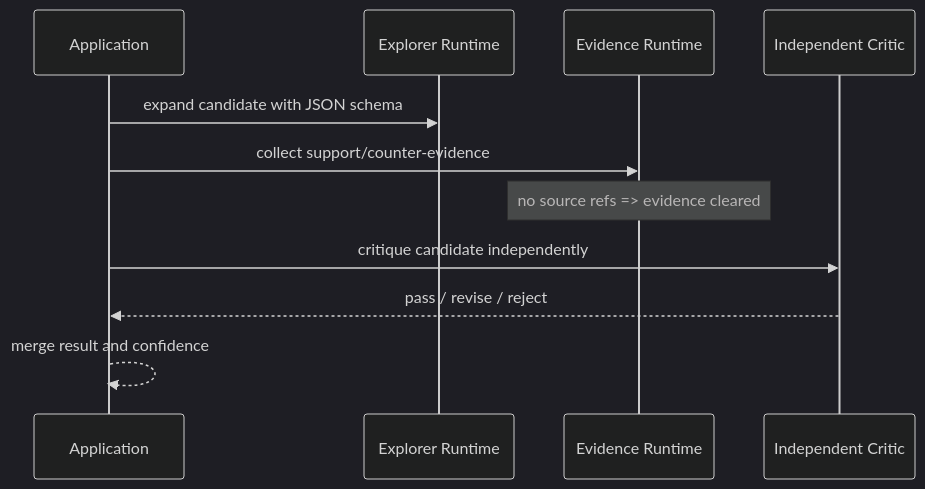
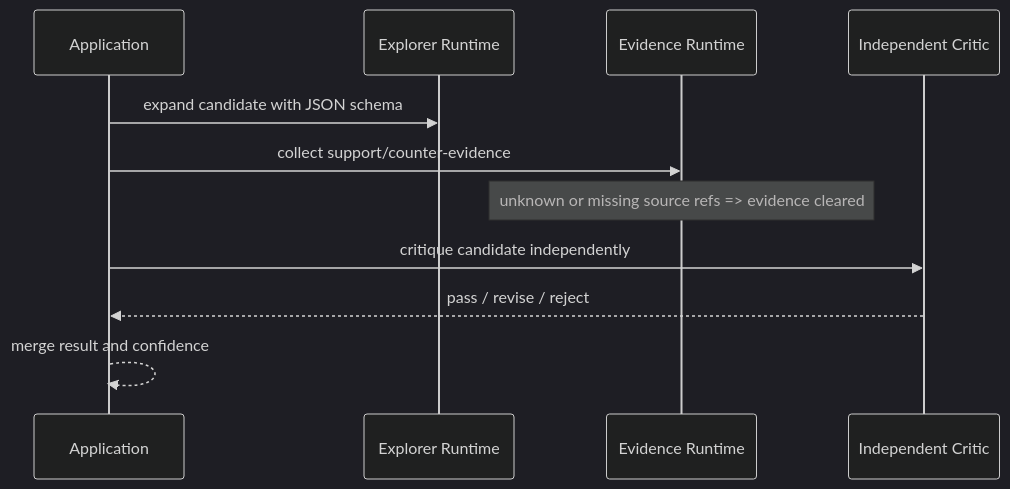
One commit to xxiaoxiong/WanderMind changed the second of 2 diagrams in docs/architecture.md. Above: the diagram before and after it, drawn with Mermaid (dark theme). The commit also changed other lines of this file and 33 other files, not shown here.

````diff
--- a/docs/architecture.md
+++ b/docs/architecture.md
@@ -60,13 +60,13 @@
 ```mermaid
 sequenceDiagram
     participant A as Application
     participant E as Explorer Runtime
     participant V as Evidence Runtime
     participant C as Independent Critic
     A->>E: expand candidate with JSON schema
     A->>V: collect support/counter-evidence
-    Note over V: no source refs => evidence cleared
+    Note over V: unknown or missing source refs => evidence cleared
     A->>C: critique candidate independently
     C-->>A: pass / revise / reject
     A-->>A: merge result and confidence
 ```
````
